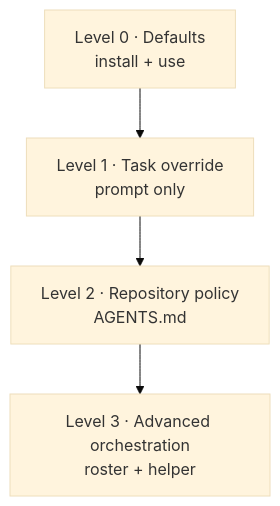
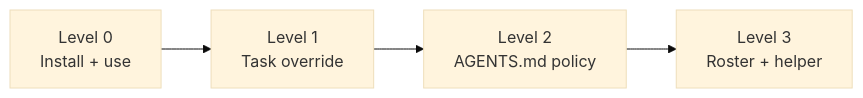
The first of 2 diagrams in docs/CUSTOMIZATION.md (Strataward/durable-threads), drawn with Mermaid (base theme) before and after one commit. The commit also changed other lines of this file and 13 other files, not shown here.

````diff
--- a/docs/CUSTOMIZATION.md
+++ b/docs/CUSTOMIZATION.md
@@ -5,6 +5,4 @@
 ```mermaid
-flowchart TB
-    L0["Level 0 · Defaults<br/>install + use"] --> L1["Level 1 · Task override<br/>prompt only"]
-    L1 --> L2["Level 2 · Repository policy<br/>AGENTS.md"]
-    L2 --> L3["Level 3 · Advanced orchestration<br/>roster + helper"]
+flowchart LR
+    L0["Level 0<br/>Install + use"] --> L1["Level 1<br/>Task override"] --> L2["Level 2<br/>AGENTS.md policy"] --> L3["Level 3<br/>Roster + helper"]
 ```
````
